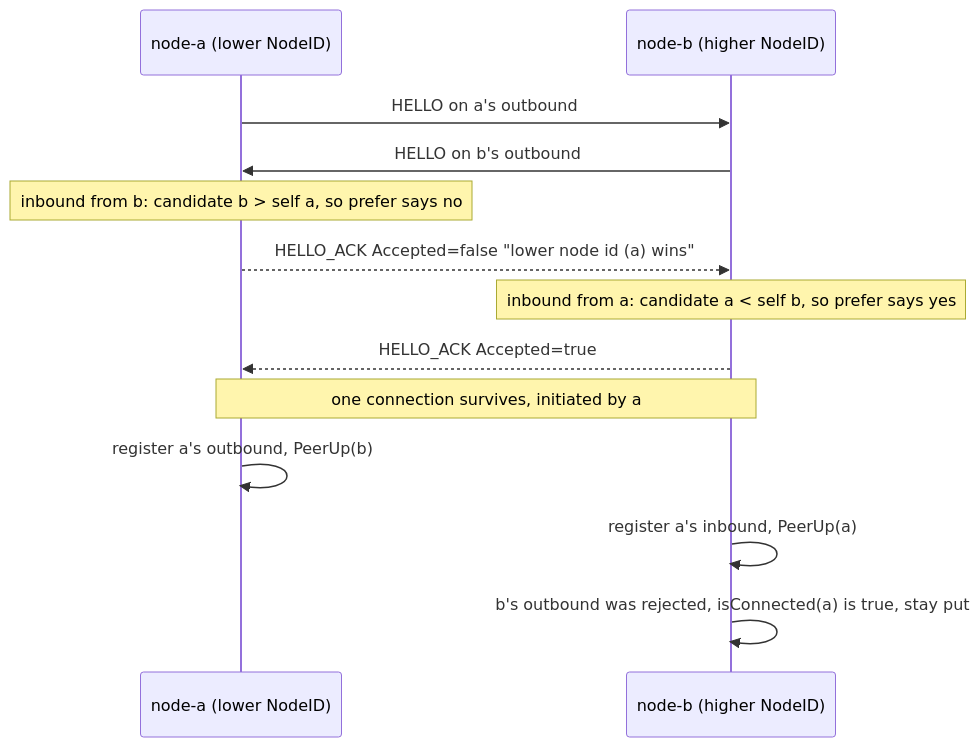
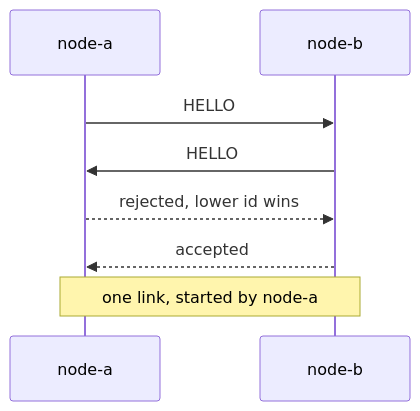
One commit to Aditya-Jyoti/swarm-communication changed the third of 4 diagrams in docs/architecture/mesh-and-handshake.md. Above: the diagram before and after it, drawn with Mermaid. The commit also changed other lines of this file, not shown here.

Commit message:
docs(architecture): shorten the mesh and handshake page

````diff
--- a/docs/architecture/mesh-and-handshake.md
+++ b/docs/architecture/mesh-and-handshake.md
@@ -103,15 +83,10 @@
 ```mermaid
 sequenceDiagram
-    participant A as node-a (lower NodeID)
-    participant B as node-b (higher NodeID)
-    A->>B: HELLO on a's outbound
-    B->>A: HELLO on b's outbound
-    Note over A: inbound from b: candidate b > self a, so prefer says no
-    A-->>B: HELLO_ACK Accepted=false "lower node id (a) wins"
-    Note over B: inbound from a: candidate a < self b, so prefer says yes
-    B-->>A: HELLO_ACK Accepted=true
-    Note over A,B: one connection survives, initiated by a
-    A->>A: register a's outbound, PeerUp(b)
-    B->>B: register a's inbound, PeerUp(a)
-    B->>B: b's outbound was rejected, isConnected(a) is true, stay put
+    participant A as node-a
+    participant B as node-b
+    A->>B: HELLO
+    B->>A: HELLO
+    A-->>B: rejected, lower id wins
+    B-->>A: accepted
+    Note over A,B: one link, started by node-a
 ```
````
